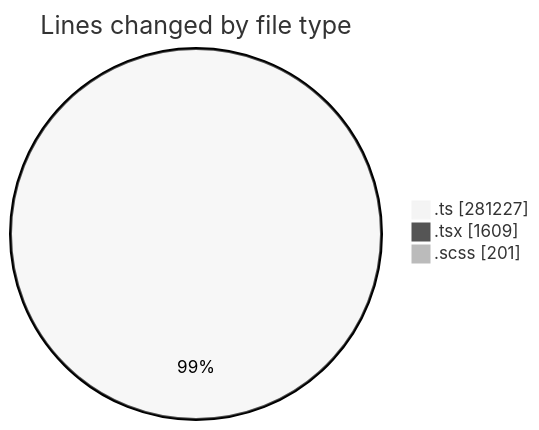
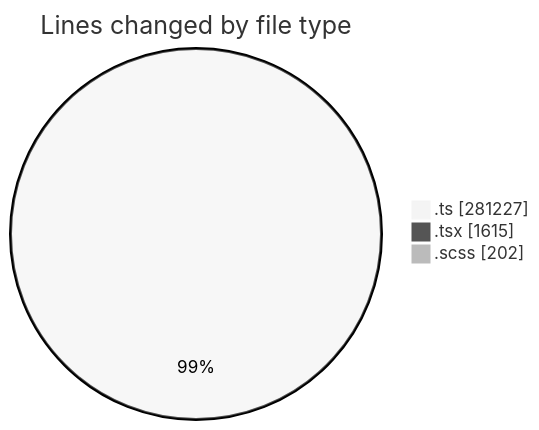
One commit to momahboobian/code-tracking changed the first of 2 diagrams in 2025-08-22/cda/README.md. Above: the diagram before and after it, drawn with Mermaid (neutral theme). The commit also changed other lines of this file and 1 other file, not shown here.

````diff
--- a/2025-08-22/cda/README.md
+++ b/2025-08-22/cda/README.md
@@ -39,7 +39,7 @@
 ```mermaid
 pie showData
 title Lines changed by file type
 ".ts" : 281227
-".tsx" : 1609
-".scss" : 201
+".tsx" : 1615
+".scss" : 202
 ```
````
